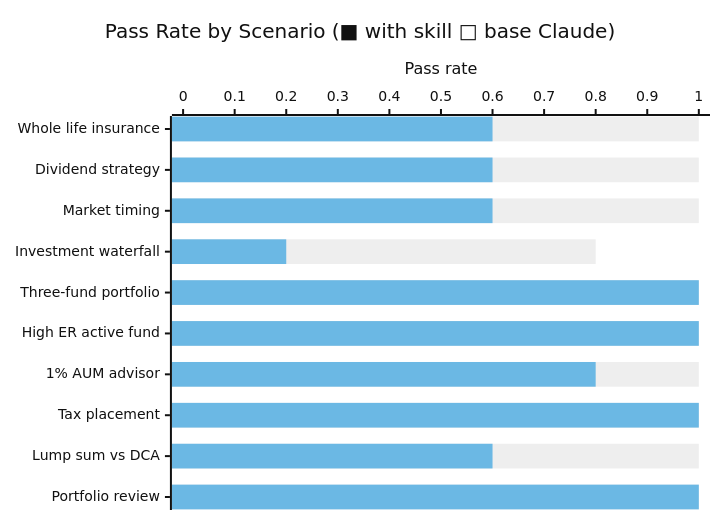
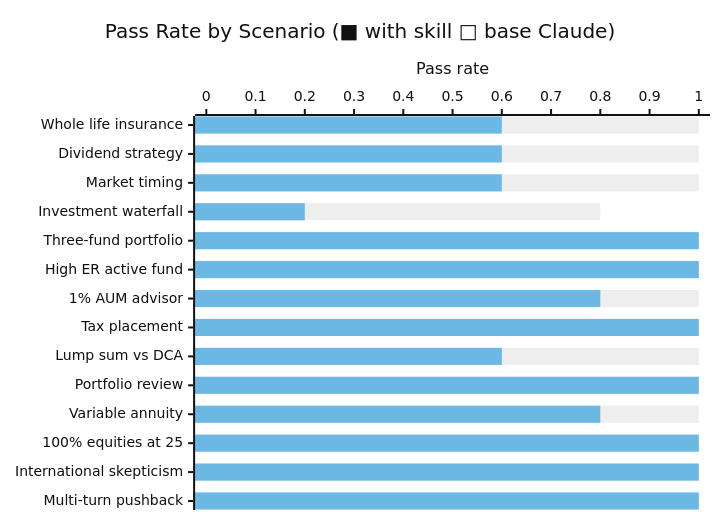
One commit to JacobElder/jakes-skills changed the diagram in boglehead/README.md. Above: the diagram before and after it, drawn with Mermaid (neutral theme). The commit also changed other lines of this file and 34 other files, not shown here.

Commit message:
multi turn eval

````diff
--- a/boglehead/README.md
+++ b/boglehead/README.md
@@ -110,8 +110,8 @@
 ```mermaid
 xychart-beta horizontal
     title "Pass Rate by Scenario (■ with skill  □ base Claude)"
-    x-axis ["Whole life insurance", "Dividend strategy", "Market timing", "Investment waterfall", "Three-fund portfolio", "High ER active fund", "1% AUM advisor", "Tax placement", "Lump sum vs DCA", "Portfolio review"]
+    x-axis ["Whole life insurance", "Dividend strategy", "Market timing", "Investment waterfall", "Three-fund portfolio", "High ER active fund", "1% AUM advisor", "Tax placement", "Lump sum vs DCA", "Portfolio review", "Variable annuity", "100% equities at 25", "International skepticism", "Multi-turn pushback"]
     y-axis "Pass rate" 0 --> 1
-    bar [1.0, 1.0, 1.0, 0.8, 1.0, 1.0, 1.0, 1.0, 1.0, 1.0]
-    bar [0.6, 0.6, 0.6, 0.2, 1.0, 1.0, 0.8, 1.0, 0.6, 1.0]
+    bar [1.0, 1.0, 1.0, 0.8, 1.0, 1.0, 1.0, 1.0, 1.0, 1.0, 1.0, 1.0, 1.0, 1.0]
+    bar [0.6, 0.6, 0.6, 0.2, 1.0, 1.0, 0.8, 1.0, 0.6, 1.0, 0.8, 1.0, 1.0, 1.0]
 ```
````
